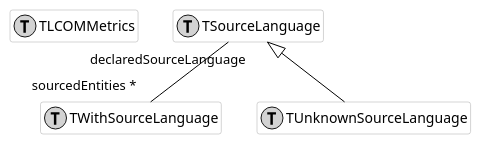
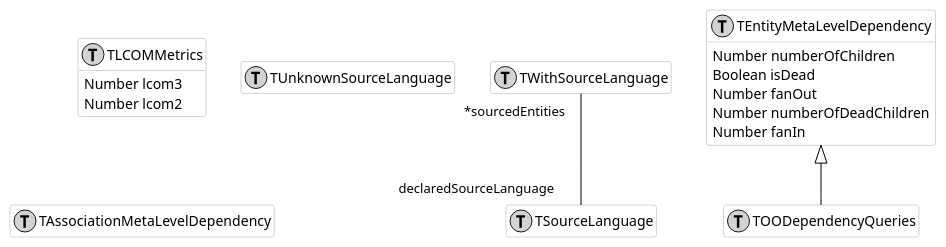
The diagram in Developers/Diagrams/technic.puml (moosetechnology/moose-wiki), drawn with PlantUML before and after one commit. The commit also changed 17 other files, not shown here.

Commit message:
updated uml diagrams

```diff
--- a/Developers/Diagrams/technic.puml
+++ b/Developers/Diagrams/technic.puml
@@ -1,26 +1,37 @@
 @startuml
 hide empty members
 
 skinparam class {
   BackgroundColor white
   ArrowColor black
   BorderColor darkGray
 }
 
-class behavior1 as "TLCOMMetrics" << (T,lightGrey) >> {
+class TLCOMMetrics << (T,lightGrey) >> {
+  Number lcom3
+  Number lcom2
+}
+class TSourceLanguage << (T,lightGrey) >> {
+}
+class TWithSourceLanguage << (T,lightGrey) >> {
+}
+class TUnknownSourceLanguage << (T,lightGrey) >> {
+}
+class TAssociationMetaLevelDependency << (T,lightGrey) >> {
+}
+class TOODependencyQueries << (T,lightGrey) >> {
+}
+class TEntityMetaLevelDependency << (T,lightGrey) >> {
+  Number numberOfChildren
+  Boolean isDead
+  Number fanOut
+  Number numberOfDeadChildren
+  Number fanIn
 }
 
-class behavior2 as "TWithSourceLanguage" << (T,lightGrey) >> {
-}
+TEntityMetaLevelDependency <|-- TOODependencyQueries
 
-class behavior3 as "TSourceLanguage" << (T,lightGrey) >> {
-}
+TWithSourceLanguage " *sourcedEntities" -- "declaredSourceLanguage" TSourceLanguage
 
-class behavior4 as "TUnknownSourceLanguage" << (T,lightGrey) >> {
-}
-
-behavior3 <|-- behavior4
-
-behavior3 "declaredSourceLanguage  " -[#black]- "sourcedEntities * " behavior2
 
 @enduml
```
